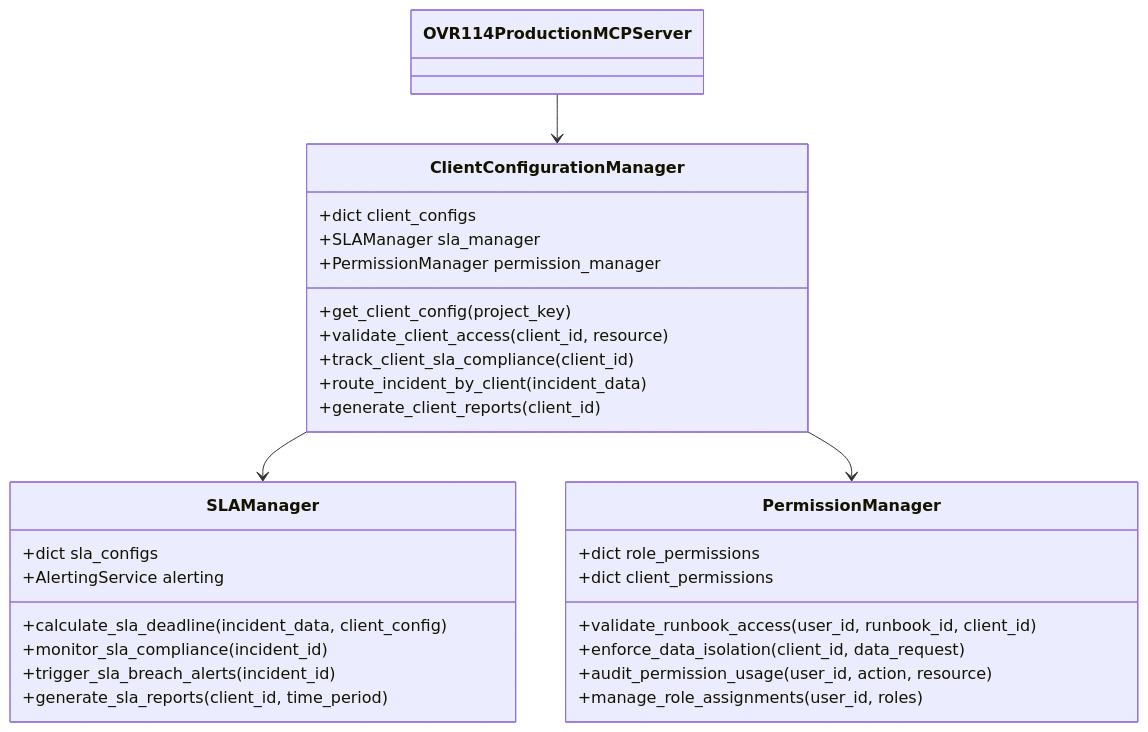
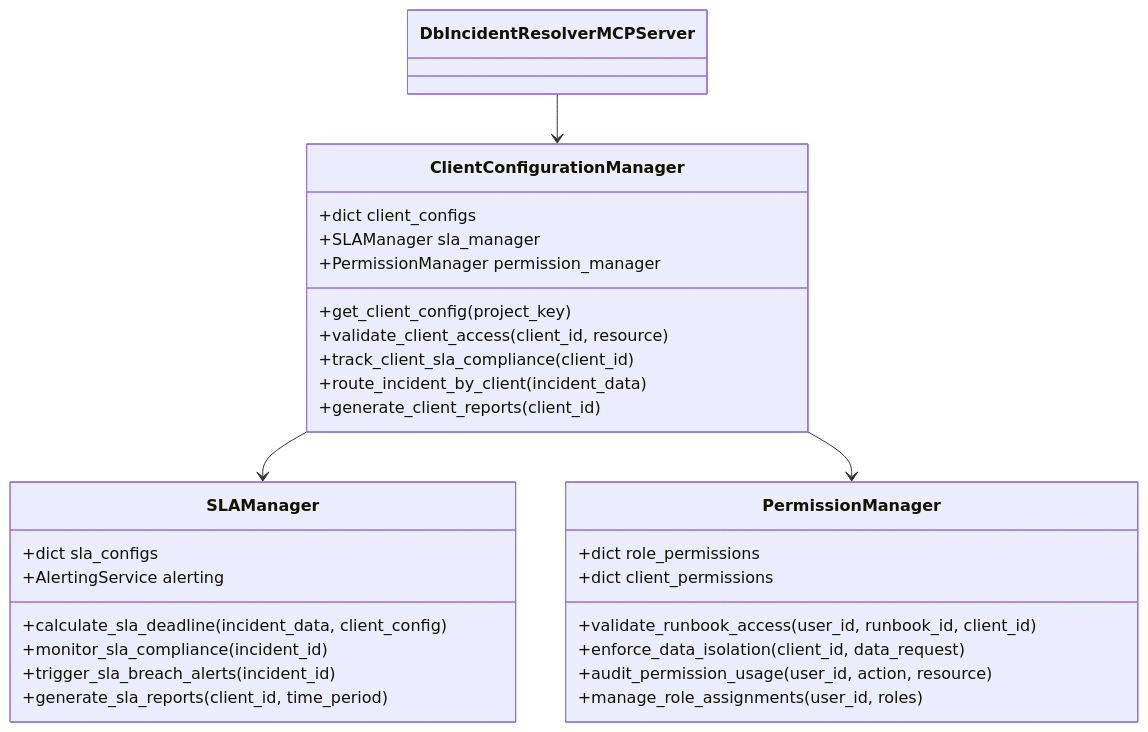
The ninth of 9 diagrams in diagrams.md (bprzybys-nc/db_use_case_144), drawn with Mermaid before and after one commit. The commit also changed other lines of this file and 1 other file, not shown here.

````diff
--- a/diagrams.md
+++ b/diagrams.md
@@ -357,35 +346,35 @@
 ```mermaid
 classDiagram
     class ClientConfigurationManager {
         +dict client_configs
         +SLAManager sla_manager
         +PermissionManager permission_manager
         +get_client_config(project_key)
         +validate_client_access(client_id, resource)
         +track_client_sla_compliance(client_id)
         +route_incident_by_client(incident_data)
         +generate_client_reports(client_id)
     }
 
     class SLAManager {
         +dict sla_configs
         +AlertingService alerting
         +calculate_sla_deadline(incident_data, client_config)
         +monitor_sla_compliance(incident_id)
         +trigger_sla_breach_alerts(incident_id)
         +generate_sla_reports(client_id, time_period)
     }
 
     class PermissionManager {
         +dict role_permissions
         +dict client_permissions
         +validate_runbook_access(user_id, runbook_id, client_id)
         +enforce_data_isolation(client_id, data_request)
         +audit_permission_usage(user_id, action, resource)
         +manage_role_assignments(user_id, roles)
     }
 
     ClientConfigurationManager --> SLAManager
     ClientConfigurationManager --> PermissionManager
-    OVR114ProductionMCPServer --> ClientConfigurationManager
+    DbIncidentResolverMCPServer --> ClientConfigurationManager
 ```
````
